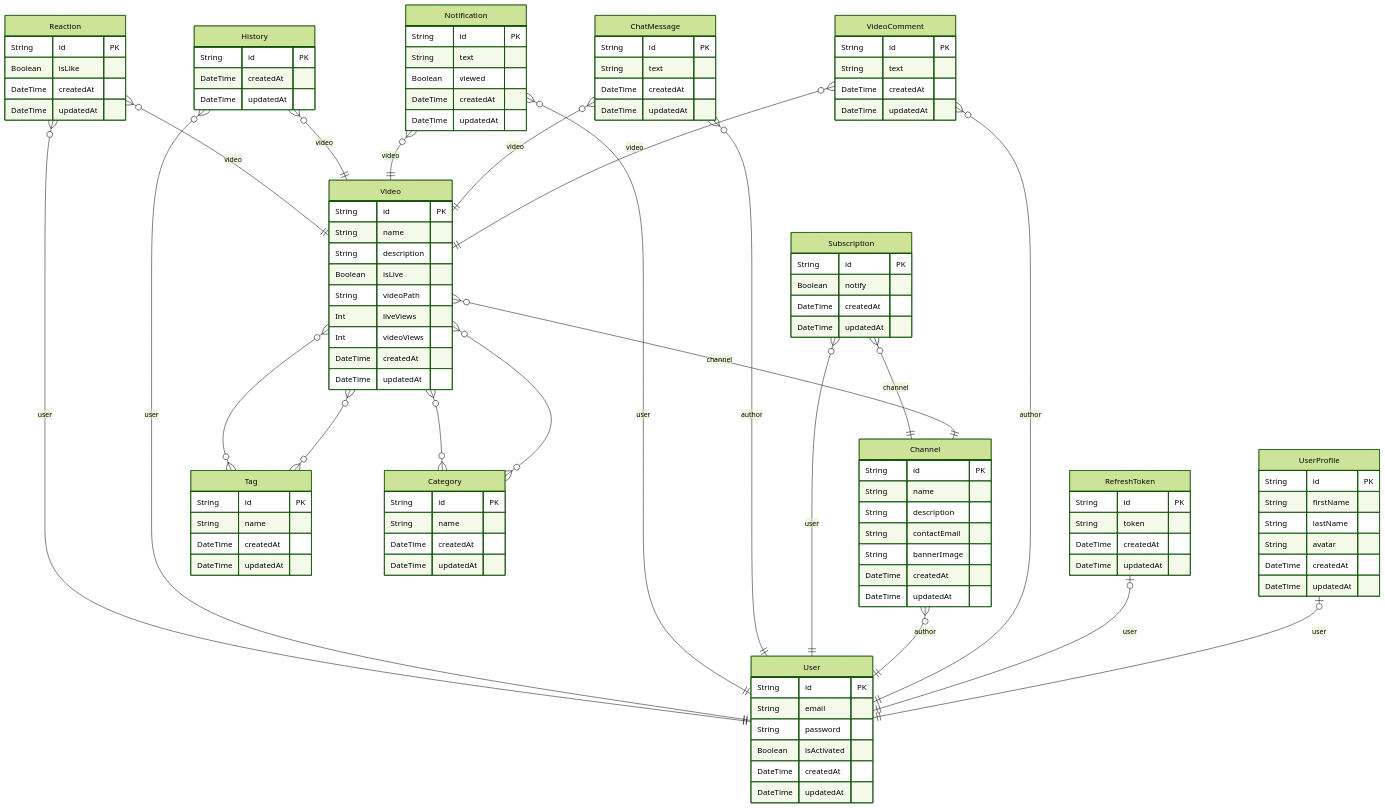
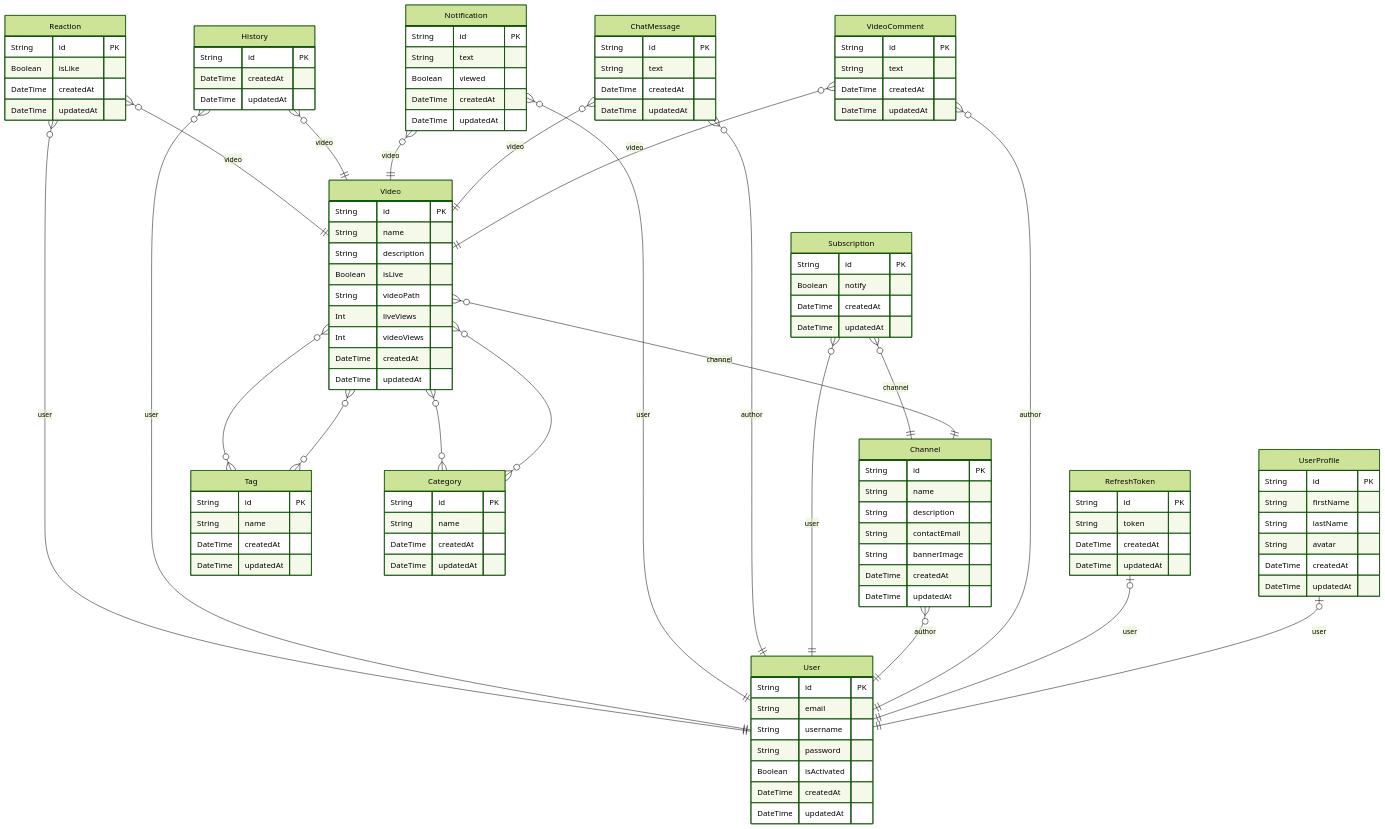
The diagram in readme.md (BinaryStudioAcademy/bsa-2022-streamlet), drawn with Mermaid (forest theme) before and after one commit. The commit also changed 34 other files, not shown here.

```diff
--- a/readme.md
+++ b/readme.md
@@ -57,6 +57,7 @@
   User {
     String id PK
     String email
+    String username
     String password
     Boolean isActivated
     DateTime createdAt
```
